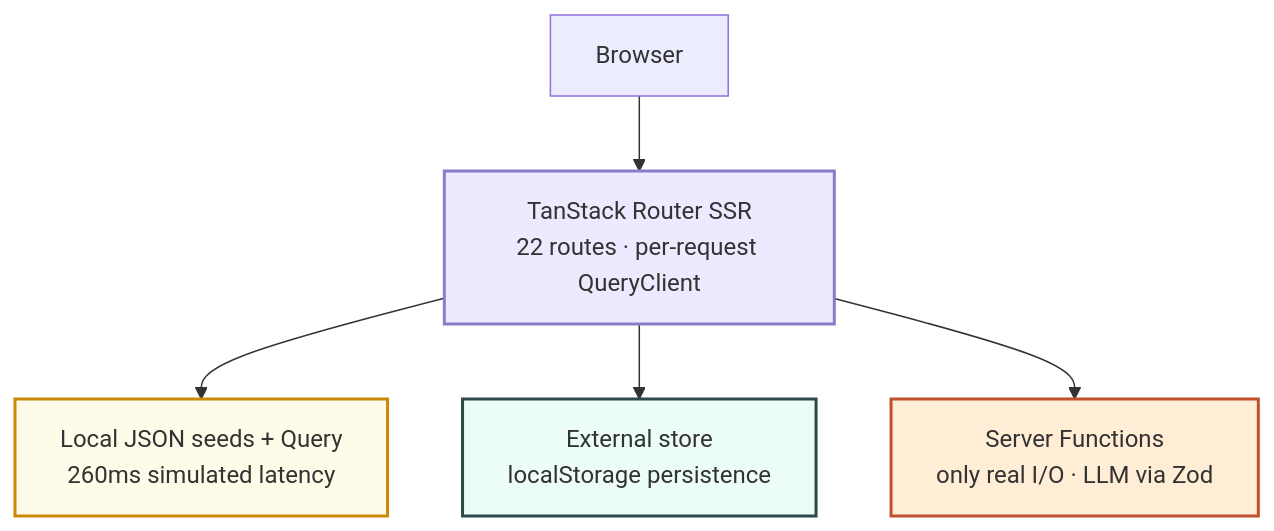
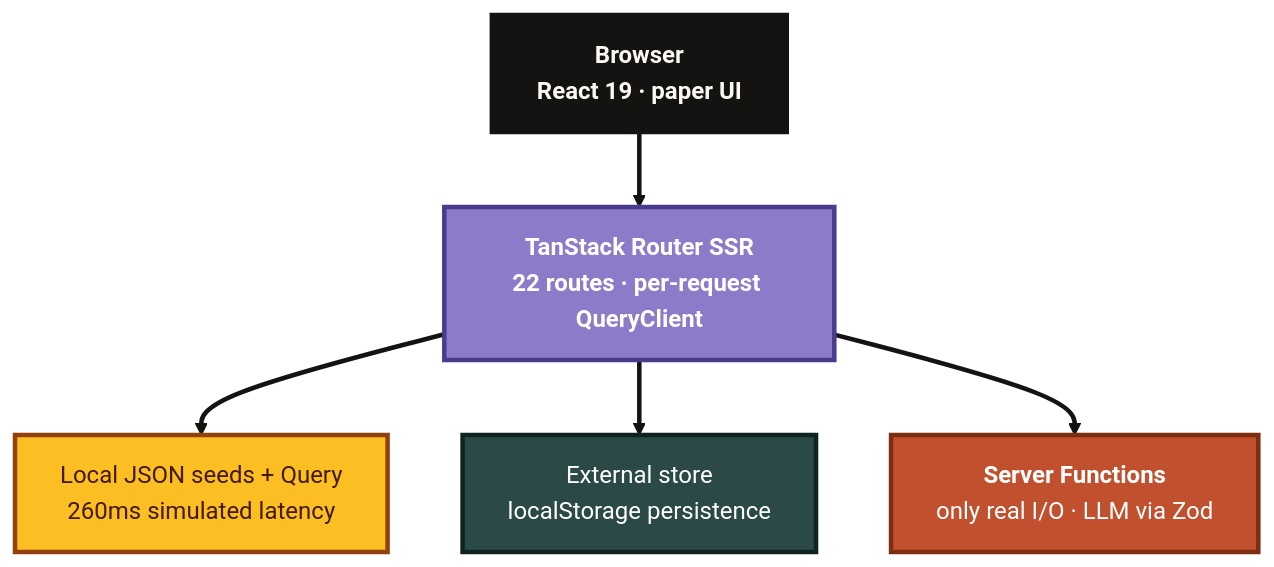
Before and after one commit to ayushjha-dev/RISE: the fifth of 7 diagrams in README.md, drawn with Mermaid. The commit also changed other lines of this file, not shown here.

Commit message:
Make README diagrams high-contrast and attractive

````diff
--- a/README.md
+++ b/README.md
@@ -320,11 +349,20 @@
 ```mermaid
+%%{init: {'theme': 'base', 'themeVariables': {'fontSize': '16px', 'fontFamily': 'Inter, system-ui, sans-serif', 'lineColor': '#141311'}}}%%
 flowchart TB
-    B["Browser"] --> R["TanStack Router SSR<br/>22 routes · per-request QueryClient"]
-    R --> J["Local JSON seeds + Query<br/>260ms simulated latency"]
-    R --> S["External store<br/>localStorage persistence"]
-    R --> F["Server Functions<br/>only real I/O · LLM via Zod"]
-    style R fill:#ede9fe,stroke:#8c7bc9,stroke-width:2px
-    style J fill:#fefce8,stroke:#ca8a04,stroke-width:2px
-    style S fill:#ecfdf5,stroke:#2b4a47,stroke-width:2px
-    style F fill:#ffedd5,stroke:#c1502e,stroke-width:2px
+    B["<b>Browser</b><br/>React 19 · paper UI"]
+    R["<b>TanStack Router SSR</b><br/>22 routes · per-request QueryClient"]
+    J["Local JSON seeds + Query<br/>260ms simulated latency"]
+    S["External store<br/>localStorage persistence"]
+    F["<b>Server Functions</b><br/>only real I/O · LLM via Zod"]
+    R --> J
+    R --> S
+    R --> F
+    B --> R
+    classDef entry fill:#141311,stroke:#141311,stroke-width:3px,color:#fbf8f2,font-weight:bold;
+    classDef route fill:#8c7bc9,stroke:#4c3a8c,stroke-width:3px,color:#fff,font-weight:bold;
+    classDef data fill:#fbbf24,stroke:#92400e,stroke-width:3px,color:#451a03;
+    classDef store fill:#2b4a47,stroke:#0f2422,stroke-width:3px,color:#fff;
+    classDef server fill:#c1502e,stroke:#7c2d12,stroke-width:3px,color:#fff;
+    class B entry; class R route; class J data; class S store; class F server;
+    linkStyle 0,1,2,3 stroke:#141311,stroke-width:3px;
 ```
````
